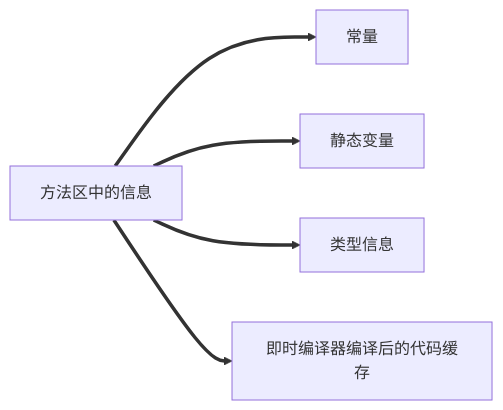
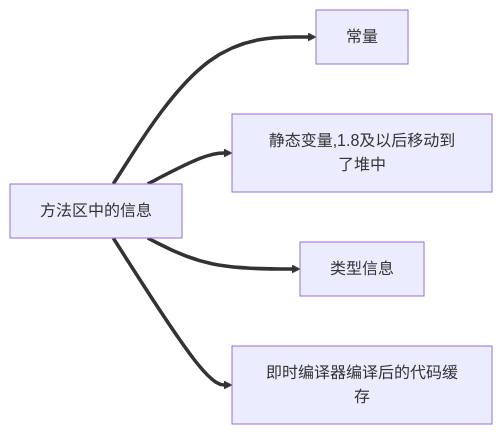
One commit to csliujw/CodeNotes changed the fourth of 8 diagrams in JVM/02-内存结构.md. Above: the diagram before and after it, drawn with Mermaid. The commit also changed other lines of this file, not shown here.

````diff
--- a/JVM/02-内存结构.md
+++ b/JVM/02-内存结构.md
@@ -326,7 +326,7 @@
 ```mermaid
 graph LR
 方法区中的信息==>常量
-方法区中的信息==>静态变量
+方法区中的信息==>静态变量,1.8及以后移动到了堆中
 方法区中的信息==>类型信息
 方法区中的信息==>即时编译器编译后的代码缓存
 ```
````
